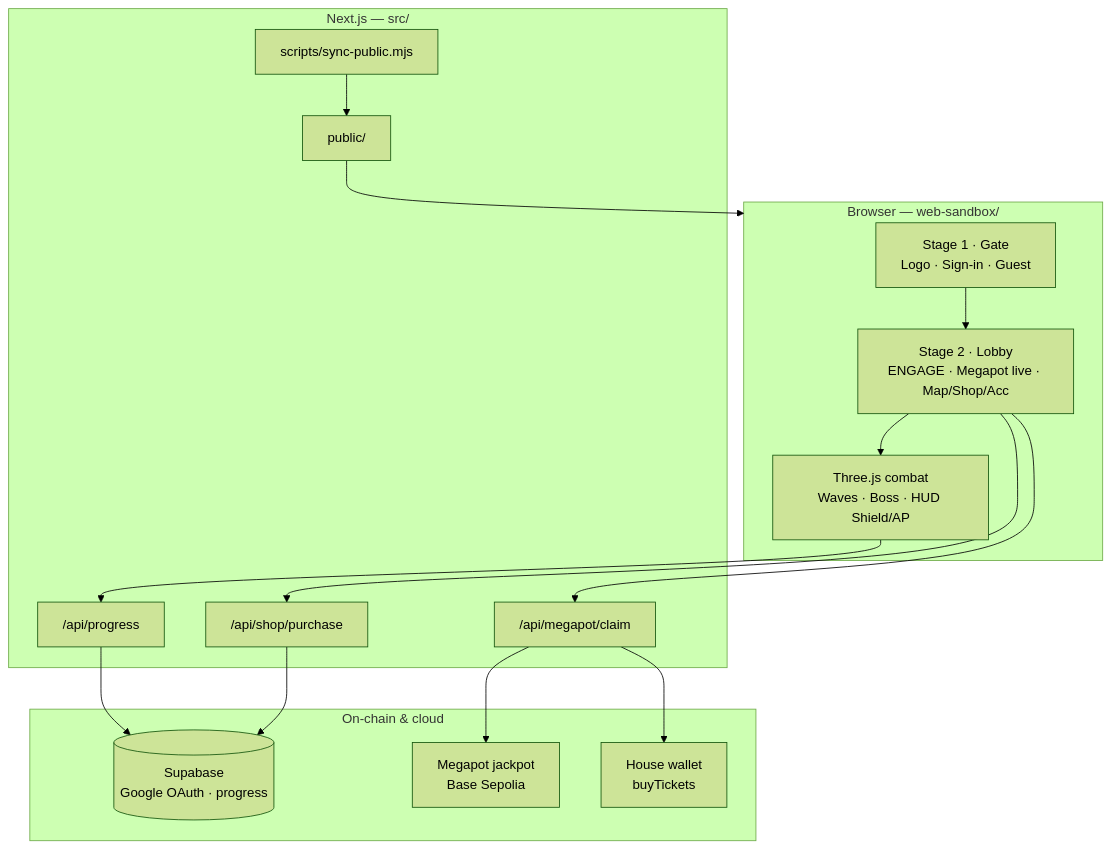
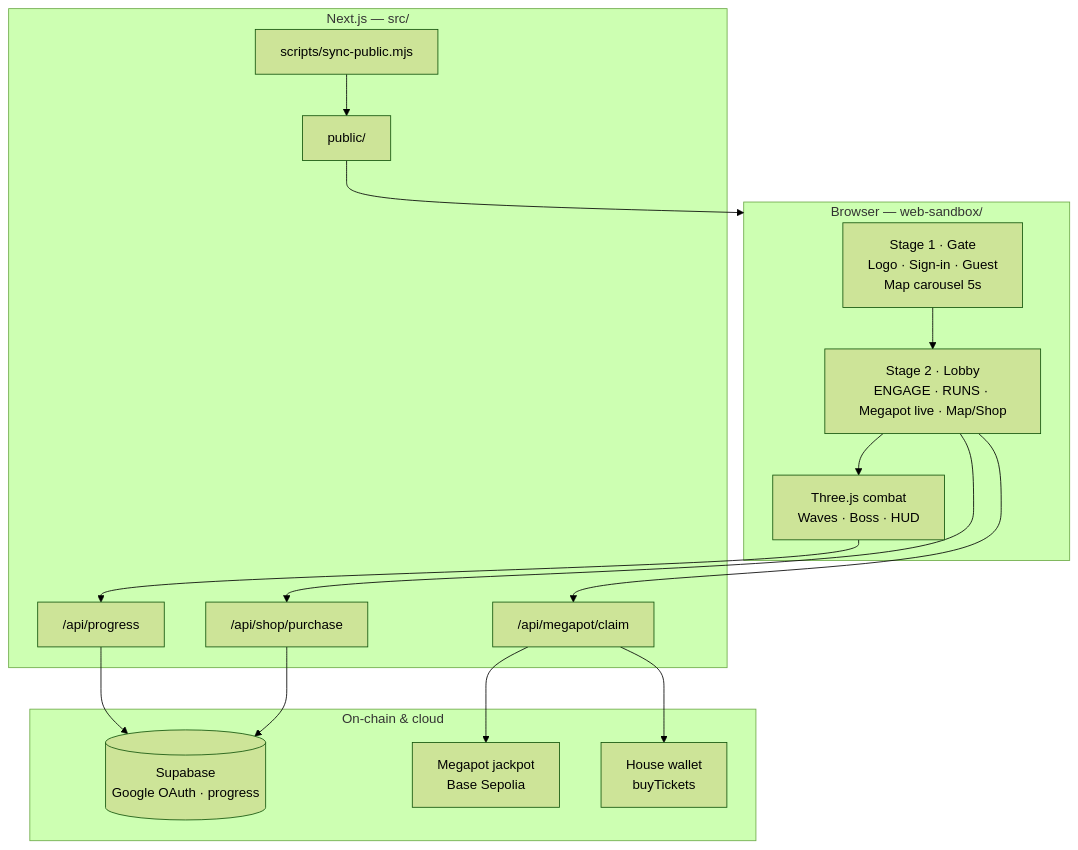
The first of 3 diagrams in README.md (thesithunyein/veil-war), drawn with Mermaid (forest theme) before and after one commit. The commit also changed other lines of this file, not shown here.

First line of the commit message:
Update README to match live Megapot dogfight build.

````diff
--- a/README.md
+++ b/README.md
@@ -40,32 +43,32 @@
 ```mermaid
 flowchart TB
   subgraph Client["Browser — web-sandbox/"]
-    GATE["Stage 1 · Gate<br/>Logo · Sign-in · Guest"]
-    LOBBY["Stage 2 · Lobby<br/>ENGAGE · Megapot live · Map/Shop/Acc"]
-    GAME["Three.js combat<br/>Waves · Boss · HUD Shield/AP"]
+    GATE["Stage 1 · Gate<br/>Logo · Sign-in · Guest<br/>Map carousel 5s"]
+    LOBBY["Stage 2 · Lobby<br/>ENGAGE · RUNS · Megapot live · Map/Shop"]
+    GAME["Three.js combat<br/>Waves · Boss · HUD"]
     GATE --> LOBBY --> GAME
   end
 
   subgraph Vercel["Next.js — src/"]
     SYNC["scripts/sync-public.mjs"]
     API_M["/api/megapot/claim"]
     API_P["/api/progress"]
     API_S["/api/shop/purchase"]
     SYNC --> PUB["public/"]
   end
 
   subgraph External["On-chain & cloud"]
     SB[(Supabase<br/>Google OAuth · progress)]
     MP["Megapot jackpot<br/>Base Sepolia"]
     HW["House wallet<br/>buyTickets"]
   end
 
   LOBBY --> API_M
   GAME --> API_P
   LOBBY --> API_S
   API_M --> MP
   API_M --> HW
   API_P --> SB
   API_S --> SB
   PUB --> Client
 ```
````
